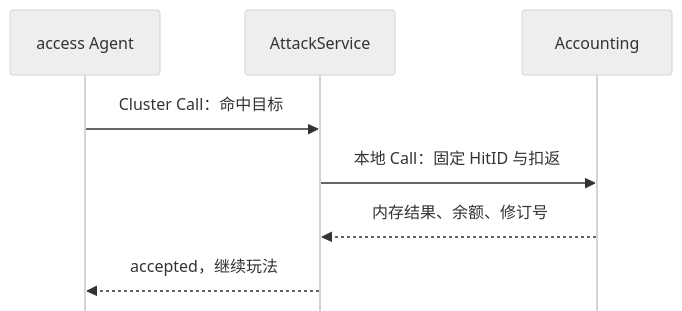
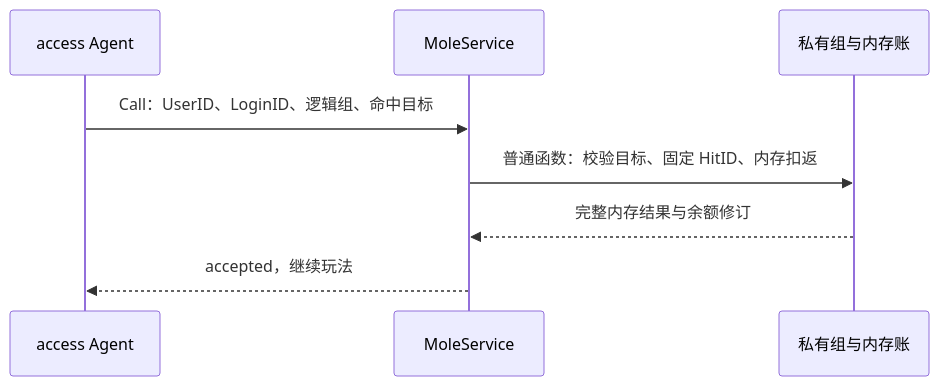
Before and after one commit to cnooljaw/gsrdemo: the first of 2 diagrams in docs/DESIGN.md, drawn with Mermaid. The commit also changed other lines of this file and 33 other files, not shown here.

````diff
--- a/docs/DESIGN.md
+++ b/docs/DESIGN.md
@@ -146,11 +144,10 @@
 ```mermaid
-%%{init: {"theme":"neutral","sequence":{"mirrorActors":false}}}%%
 sequenceDiagram
     participant A as access Agent
-    participant G as AttackService
-    participant B as Accounting
-    A->>G: Cluster Call：命中目标
-    G->>B: 本地 Call：固定 HitID 与扣返
-    B-->>G: 内存结果、余额、修订号
-    G-->>A: accepted，继续玩法
+    participant M as MoleService
+    participant G as 私有组与内存账
+    A->>M: Call：UserID、LoginID、逻辑组、命中目标
+    M->>G: 普通函数：校验目标、固定 HitID、内存扣返
+    G-->>M: 完整内存结果与余额修订
+    M-->>A: accepted，继续玩法
 ```
````
